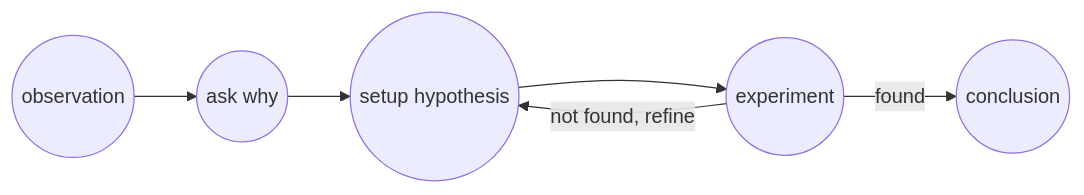
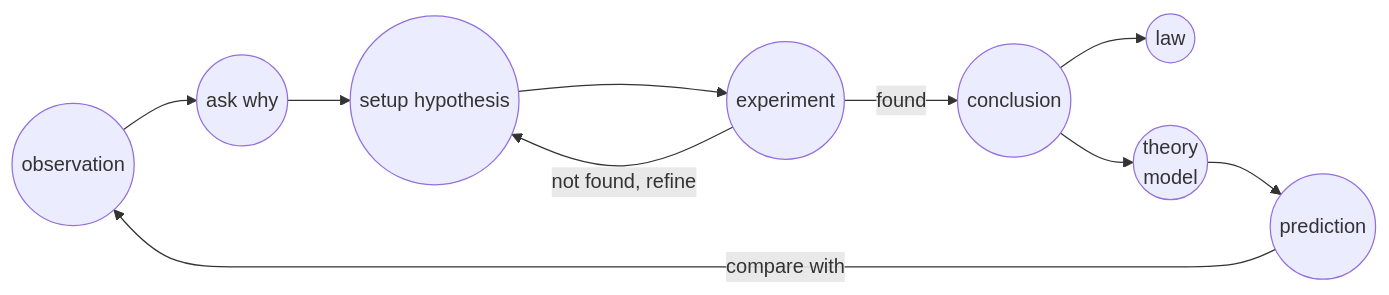
The diagram in _posts/medical_science/chemistry/2022-08-21-chemical-foundations.md (YCChenVictor/blog-frontend), drawn with Mermaid before and after one commit. The commit also changed other lines of this file and 6 other files, not shown here.

```diff
--- a/_posts/medical_science/chemistry/2022-08-21-chemical-foundations.md
+++ b/_posts/medical_science/chemistry/2022-08-21-chemical-foundations.md
@@ -31,8 +31,12 @@
 <div class="mermaid">
 graph LR
   id1((observation)) --> id2((ask why))
   id2((ask why)) --> id3((setup hypothesis))
   id3((setup hypothesis)) --> id4((experiment))
   id4((experiment)) -- not found, refine --> id3((setup hypothesis))
   id4((experiment)) -- found --> id5((conclusion))
+  id5((conclusion)) --> id6((law))
+  id5((conclusion)) --> id7((theory<br>model))
+  id7((theory<br>model)) --> id8((prediction))
+  id8((prediction)) --compare with--> id1((observation))
 </div>
```
